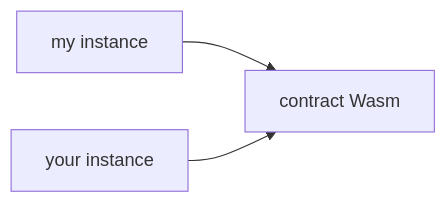
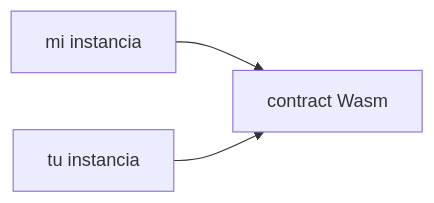
Before and after one commit to stellar/stellar-docs: the diagram in i18n/es/docusaurus-plugin-content-docs/current/learn/fundamentals/stellar-data-structures/contracts.mdx, drawn with Mermaid. The commit also changed other lines of this file and 571 other files, not shown here.

````diff
--- a/i18n/es/docusaurus-plugin-content-docs/current/learn/fundamentals/stellar-data-structures/contracts.mdx
+++ b/i18n/es/docusaurus-plugin-content-docs/current/learn/fundamentals/stellar-data-structures/contracts.mdx
@@ -22,4 +22,4 @@
 ```mermaid
 flowchart LR
-    A[my instance] & B[your instance]--> C[contract Wasm]
+    A[mi instancia] & B[tu instancia]--> C[contract Wasm]
 ```
````
